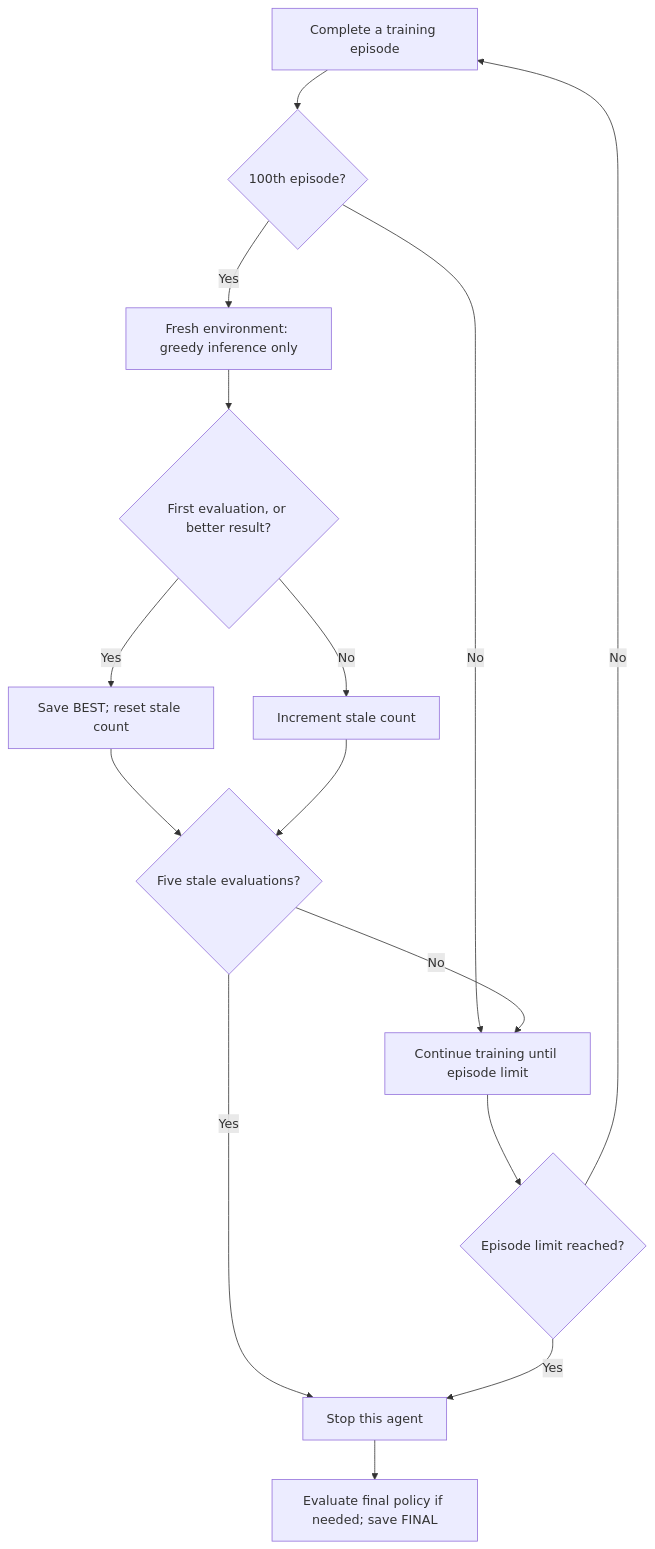
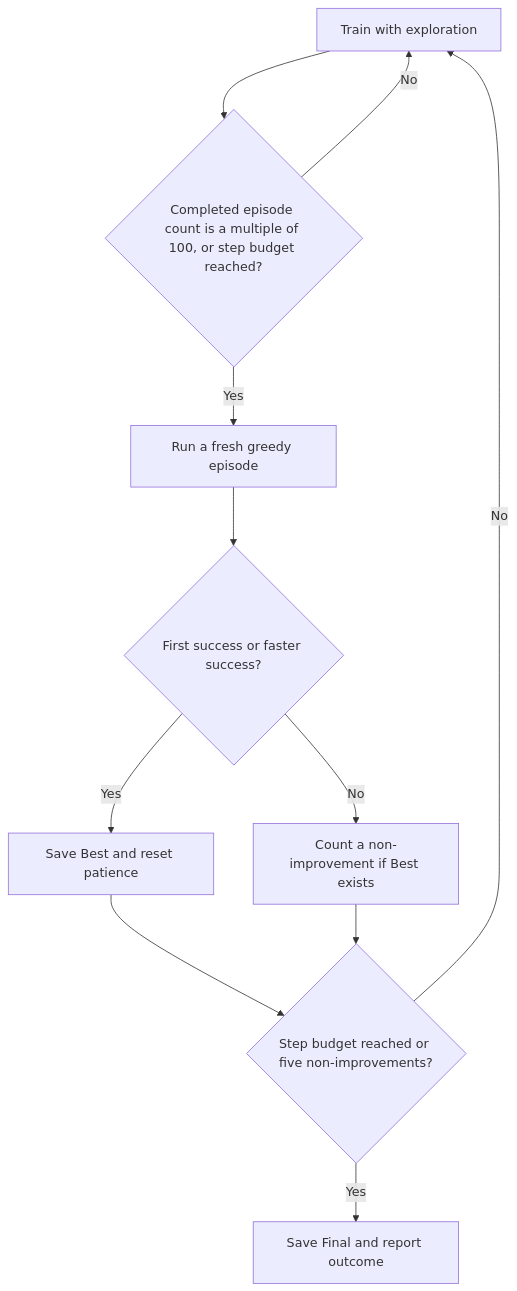
One commit to Nlhmmh/rl_research changed the third of 3 diagrams in zawgyi-rl-platformer/README-rl.md. Above: the diagram before and after it, drawn with Mermaid. The commit also changed other lines of this file and 3 other files, not shown here.

Commit message:
feat: update README files with enhanced training and evaluation details, including step budget management and policy storage changes

````diff
--- a/zawgyi-rl-platformer/README-rl.md
+++ b/zawgyi-rl-platformer/README-rl.md
@@ -219,17 +219,13 @@
 ```mermaid
 flowchart TD
-    A["Complete a training episode"] --> B{"100th episode?"}
-    B -->|No| C["Continue training until episode limit"]
-    B -->|Yes| D["Fresh environment: greedy inference only"]
-    D --> E{"First evaluation, or better result?"}
-    E -->|Yes| F["Save BEST; reset stale count"]
-    E -->|No| G["Increment stale count"]
-    F --> H{"Five stale evaluations?"}
-    G --> H
-    H -->|No| C
-    H -->|Yes| I["Stop this agent"]
-    C --> J{"Episode limit reached?"}
-    J -->|No| A
-    J -->|Yes| I
-    I --> K["Evaluate final policy if needed; save FINAL"]
+    A["Train with exploration"] --> B{"Completed episode count is a multiple of 100, or step budget reached?"}
+    B -->|No| A
+    B -->|Yes| C["Run a fresh greedy episode"]
+    C --> D{"First success or faster success?"}
+    D -->|Yes| E["Save Best and reset patience"]
+    D -->|No| F["Count a non-improvement if Best exists"]
+    E --> G{"Step budget reached or five non-improvements?"}
+    F --> G
+    G -->|No| A
+    G -->|Yes| H["Save Final and report outcome"]
 ```
````
